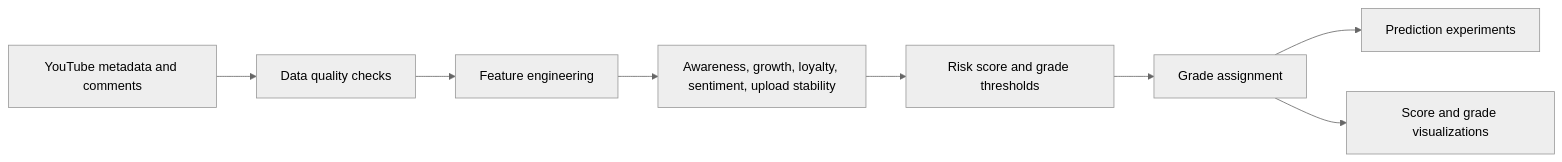
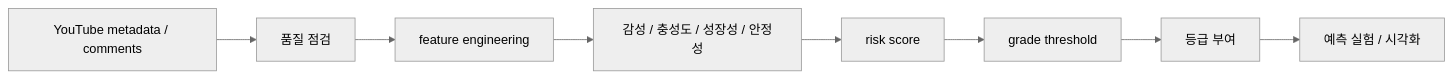
The diagram in README.md (scnelMG/Samsungfire_Risk_Management), drawn with Mermaid (neutral theme) before and after one commit. The commit also changed other lines of this file, not shown here.

````diff
--- a/README.md
+++ b/README.md
@@ -43,10 +51,10 @@
 ```mermaid
 flowchart LR
-    A["YouTube metadata and comments"] --> B["Data quality checks"]
-    B --> C["Feature engineering"]
-    C --> D["Awareness, growth, loyalty, sentiment, upload stability"]
-    D --> E["Risk score and grade thresholds"]
-    E --> F["Grade assignment"]
-    F --> G["Prediction experiments"]
-    F --> H["Score and grade visualizations"]
+    A["YouTube metadata / comments"] --> B["품질 점검"]
+    B --> C["feature engineering"]
+    C --> D["감성 / 충성도 / 성장성 / 안정성"]
+    D --> E["risk score"]
+    E --> F["grade threshold"]
+    F --> G["등급 부여"]
+    G --> H["예측 실험 / 시각화"]
 ```
````
